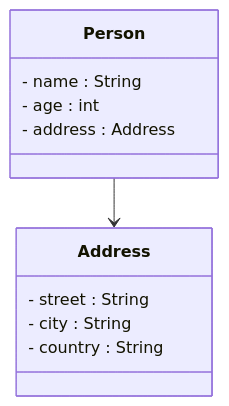
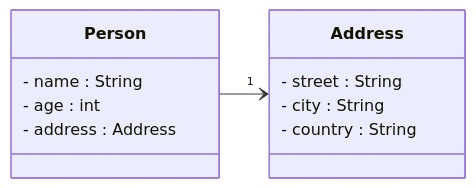
Before and after one commit to TroelsMortensen/Codelabs2: the first of 3 diagrams in Articles/Session 12 - One to Many/003 UML.md, drawn with Mermaid. The commit also changed other lines of this file and 6 other files, not shown here.

````diff
--- a/Articles/Session 12 - One to Many/003 UML.md
+++ b/Articles/Session 12 - One to Many/003 UML.md
@@ -5,15 +5,17 @@
 ```mermaid
 classDiagram
+    direction LR
+    
     class Person {
         - name : String
         - age : int
         - address : Address
     }
 
     class Address {
         - street : String
         - city : String
         - country : String
     }
-    Person -->  Address
+    Person --> "1"  Address
 ```
````
